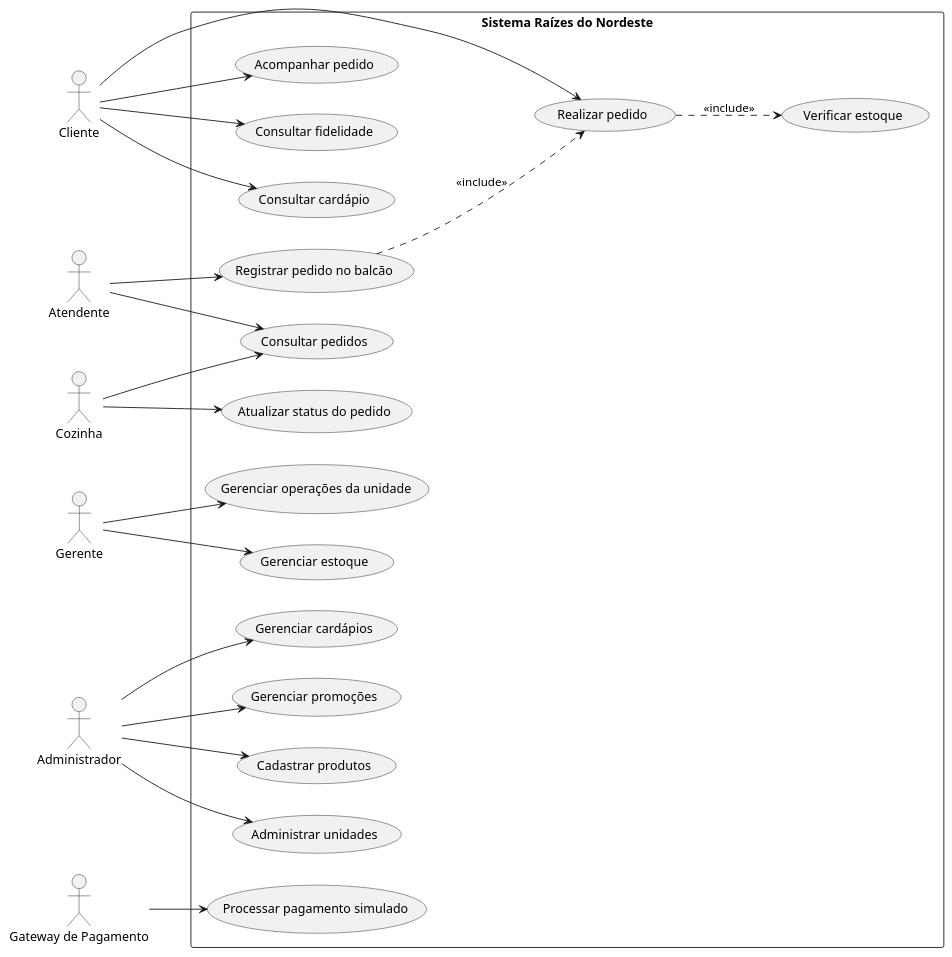
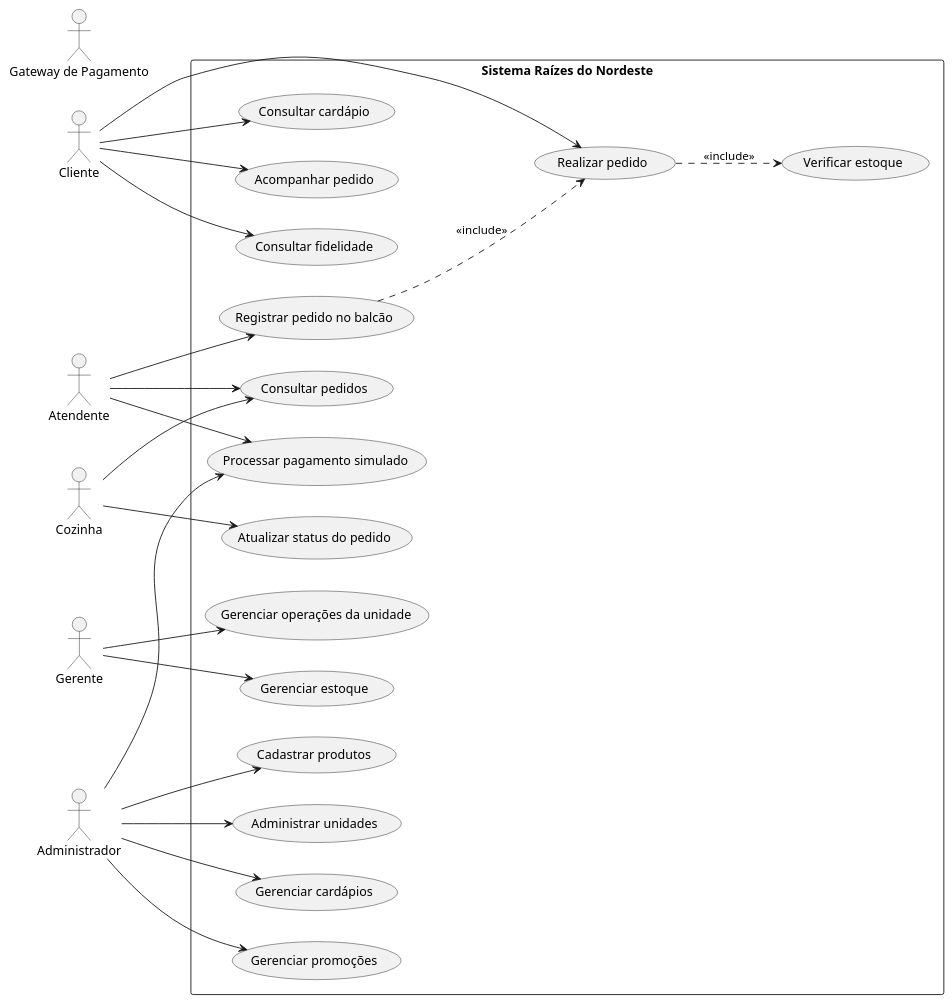
One commit to SharonCartonilho/raizes-do-nordeste-api changed the diagram in documentacao/casos_de_uso.puml. Above: the diagram before and after it, drawn with PlantUML. The commit also changed 9 other files, not shown here.

```diff
--- a/documentacao/casos_de_uso.puml
+++ b/documentacao/casos_de_uso.puml
@@ -1,60 +1,61 @@
 @startuml
 left to right direction
 
 actor Cliente
 actor Atendente
 actor Cozinha
 actor Gerente
 actor Administrador
 actor "Gateway de Pagamento" as Gateway
 
 rectangle "Sistema Raízes do Nordeste" {
 
   usecase "Consultar cardápio" as UC1
   usecase "Realizar pedido" as UC2
   usecase "Acompanhar pedido" as UC3
   usecase "Consultar fidelidade" as UC4
 
   usecase "Registrar pedido no balcão" as UC5
   usecase "Consultar pedidos" as UC6
 
   usecase "Atualizar status do pedido" as UC7
 
   usecase "Gerenciar operações da unidade" as UC8
   usecase "Gerenciar estoque" as UC9
 
   usecase "Cadastrar produtos" as UC10
   usecase "Administrar unidades" as UC11
   usecase "Gerenciar cardápios" as UC12
   usecase "Gerenciar promoções" as UC13
 
   usecase "Processar pagamento simulado" as UC14
   usecase "Verificar estoque" as UC15
 }
 
 Cliente --> UC1
 Cliente --> UC2
 Cliente --> UC3
 Cliente --> UC4
 
 Atendente --> UC5
 Atendente --> UC6
 
 Cozinha --> UC6
 Cozinha --> UC7
 
 Gerente --> UC8
 Gerente --> UC9
 
 Administrador --> UC10
 Administrador --> UC11
 Administrador --> UC12
 Administrador --> UC13
 
-Gateway --> UC14
+Atendente --> UC14
+Administrador --> UC14
 
 UC5 ..> UC2 : <<include>>
 UC2 ..> UC15 : <<include>>
 
 
 @enduml
```
